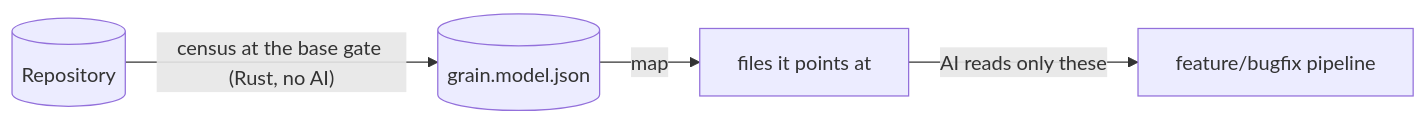
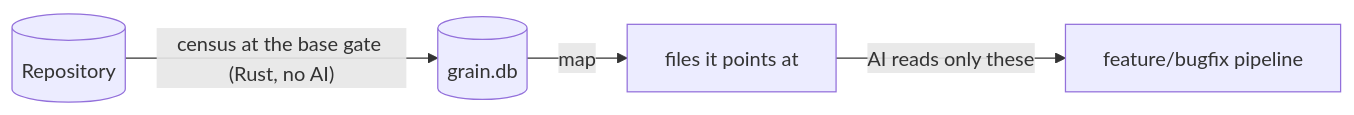
Before and after one commit to rubensrpj/mustard: the first of 2 diagrams in README.en.md, drawn with Mermaid. The commit also changed other lines of this file and 23 other files, not shown here.

````diff
--- a/README.en.md
+++ b/README.en.md
@@ -17,6 +17,6 @@
 ```mermaid
 flowchart LR
-    repo[("Repository")] -->|"census at the base gate (Rust, no AI)"| model[("grain.model.json")]
+    repo[("Repository")] -->|"census at the base gate (Rust, no AI)"| model[("grain.db")]
     model -->|map| anchors["files it points at"]
     anchors -->|"AI reads only these"| work["feature/bugfix pipeline"]
 ```
````
